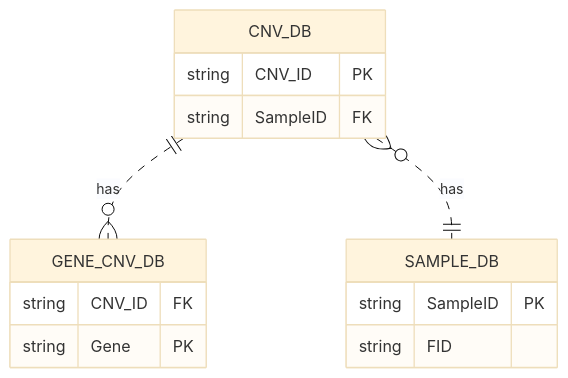
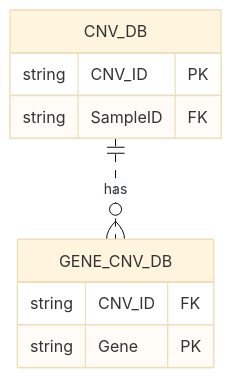
One commit to JacquemontLab/CNV-Annotation changed the second of 4 diagrams in README.md. Above: the diagram before and after it, drawn with Mermaid (base theme). The commit also changed other lines of this file and 13 other files, not shown here.

````diff
--- a/README.md
+++ b/README.md
@@ -6,18 +22,13 @@
 ```mermaid
 erDiagram
     direction TB
     CNV_DB {
         string CNV_ID PK
 		string SampleID FK
     }
 	CNV_DB ||..o{ GENE_CNV_DB : has
     GENE_CNV_DB {
         string CNV_ID FK
 		string Gene PK
     }
-	CNV_DB o{..|| SAMPLE_DB : has
-    SAMPLE_DB {
-        string SampleID PK
-		string FID 
-    }
 ```
````
